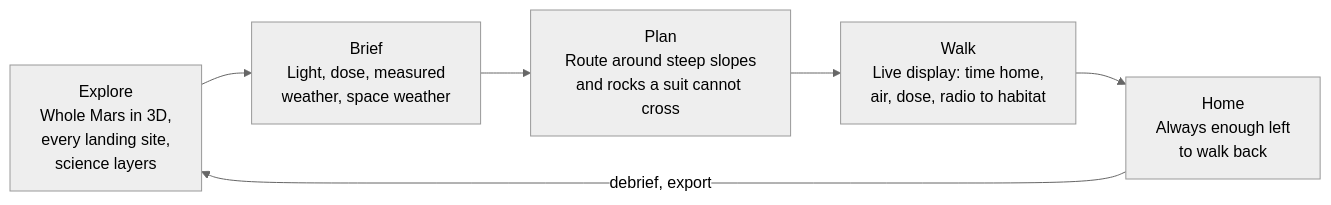
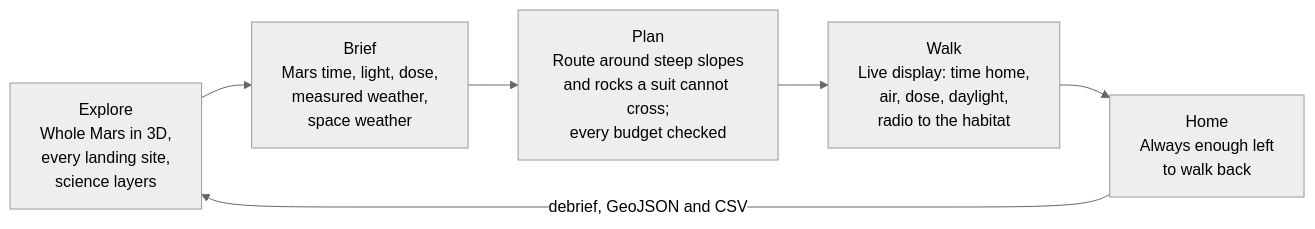
The first of 3 diagrams in README.md (rishushaurya/nasa-space-app), drawn with Mermaid (neutral theme) before and after one commit. The commit also changed other lines of this file and 28 other files, not shown here.

````diff
--- a/README.md
+++ b/README.md
@@ -43,8 +65,8 @@
 ```mermaid
 flowchart LR
-    A["Explore<br/>Whole Mars in 3D,<br/>every landing site,<br/>science layers"] --> B["Brief<br/>Light, dose, measured<br/>weather, space weather"]
-    B --> C["Plan<br/>Route around steep slopes<br/>and rocks a suit cannot cross"]
-    C --> D["Walk<br/>Live display: time home,<br/>air, dose, radio to habitat"]
+    A["Explore<br/>Whole Mars in 3D,<br/>every landing site,<br/>science layers"] --> B["Brief<br/>Mars time, light, dose,<br/>measured weather,<br/>space weather"]
+    B --> C["Plan<br/>Route around steep slopes<br/>and rocks a suit cannot cross;<br/>every budget checked"]
+    C --> D["Walk<br/>Live display: time home,<br/>air, dose, daylight,<br/>radio to the habitat"]
     D --> E["Home<br/>Always enough left<br/>to walk back"]
-    E -->|debrief, export| A
+    E -->|debrief, GeoJSON and CSV| A
 ```
````
